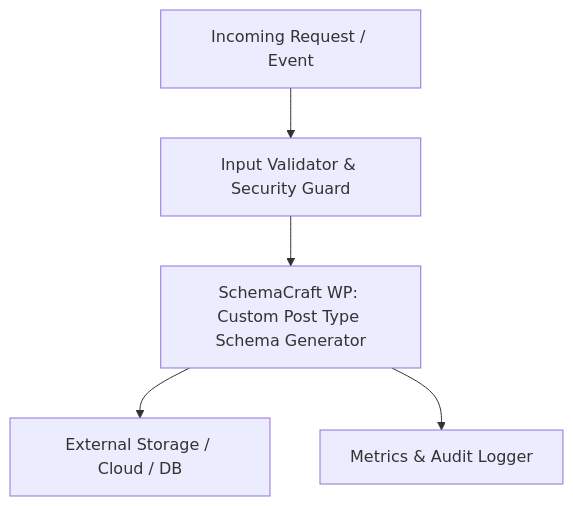
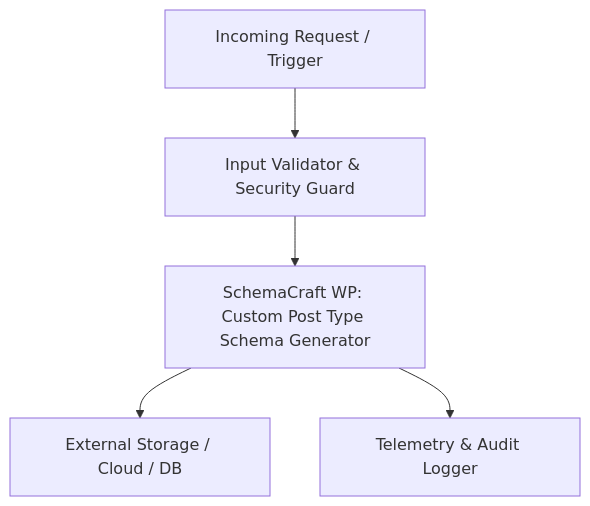
The diagram in README.md (smit-backend/wp-schema-craft), drawn with Mermaid before and after one commit. The commit also changed other lines of this file, not shown here.

Commit message:
docs(readme): add detailed architectural flowchart, usage examples, and badges

````diff
--- a/README.md
+++ b/README.md
@@ -23,7 +23,7 @@
 ```mermaid
 graph TD
-    Client[Incoming Request / Event] --> Gate[Input Validator & Security Guard]
+    Client[Incoming Request / Trigger] --> Gate[Input Validator & Security Guard]
     Gate --> CoreEngine[SchemaCraft WP: Custom Post Type Schema Generator]
     CoreEngine --> Adapter[External Storage / Cloud / DB]
-    CoreEngine --> Observer[Metrics & Audit Logger]
+    CoreEngine --> Observer[Telemetry & Audit Logger]
 ```
````
